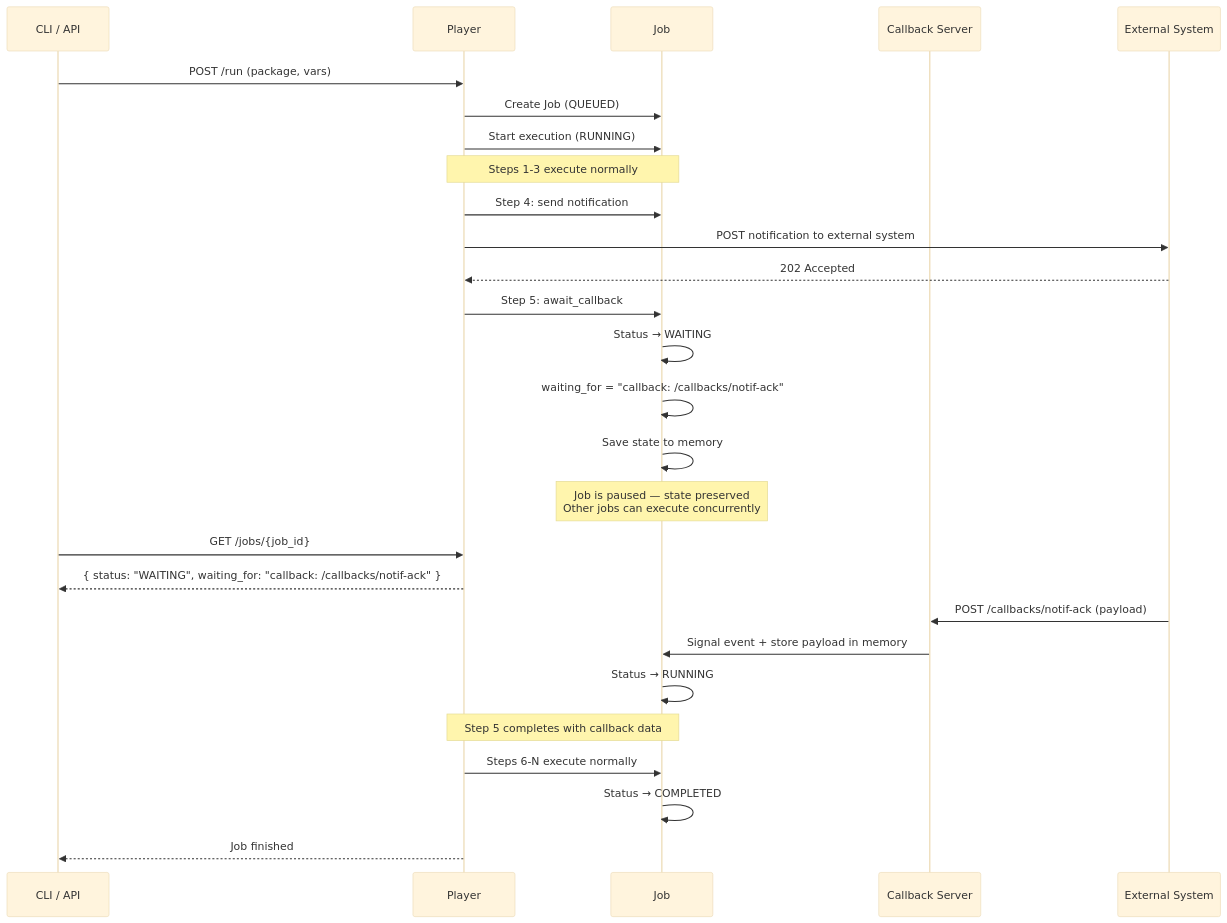
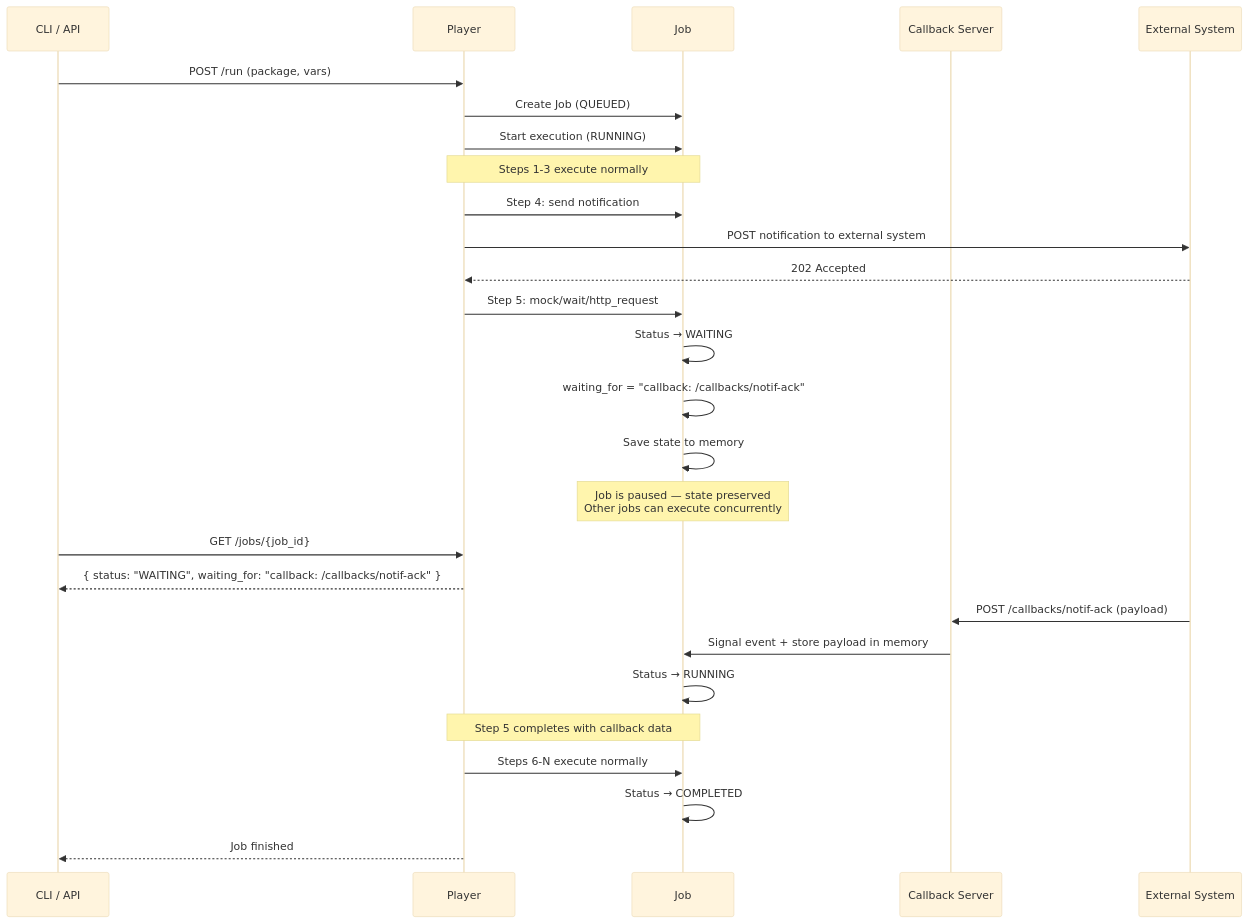
The sixth of 15 diagrams in docs/specification/specification/concepts.md (eclipse-tractusx/tractusx-testlab), drawn with Mermaid (base theme) before and after one commit. The commit also changed other lines of this file and 103 other files, not shown here.

````diff
--- a/docs/specification/specification/concepts.md
+++ b/docs/specification/specification/concepts.md
@@ -215,38 +213,38 @@
 ```mermaid
 sequenceDiagram
     participant CLI as CLI / API
     participant P as Player
     participant J as Job
     participant CB as Callback Server
     participant EXT as External System
 
     CLI->>P: POST /run (package, vars)
     P->>J: Create Job (QUEUED)
     P->>J: Start execution (RUNNING)
 
     Note over P,J: Steps 1-3 execute normally
 
     P->>J: Step 4: send notification
     P->>EXT: POST notification to external system
     EXT-->>P: 202 Accepted
 
-    P->>J: Step 5: await_callback
+    P->>J: Step 5: mock/wait/http_request
     J->>J: Status → WAITING
     J->>J: waiting_for = "callback: /callbacks/notif-ack"
     J->>J: Save state to memory
 
     Note over J: Job is paused — state preserved<br/>Other jobs can execute concurrently
 
     CLI->>P: GET /jobs/{job_id}
     P-->>CLI: { status: "WAITING", waiting_for: "callback: /callbacks/notif-ack" }
 
     EXT->>CB: POST /callbacks/notif-ack (payload)
     CB->>J: Signal event + store payload in memory
     J->>J: Status → RUNNING
 
     Note over P,J: Step 5 completes with callback data
 
     P->>J: Steps 6-N execute normally
     J->>J: Status → COMPLETED
     P-->>CLI: Job finished
 ```
````
